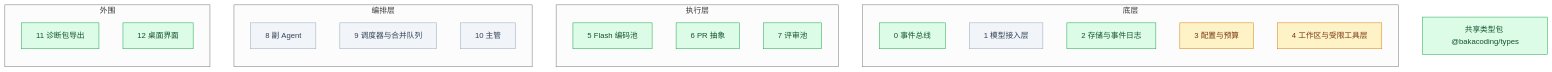
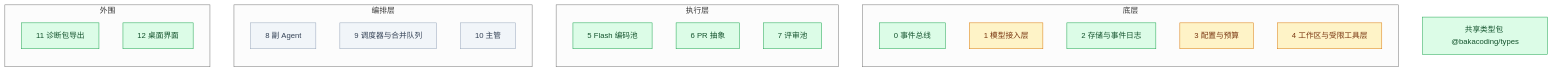
The diagram in docs/progress.md (Akarin7784/BakaCoding), drawn with Mermaid (neutral theme) before and after one commit. The commit also changed other lines of this file and 5 other files, not shown here.

````diff
--- a/docs/progress.md
+++ b/docs/progress.md
@@ -11,33 +11,33 @@
 ```mermaid
 flowchart BT
   subgraph 底层
     M0[0 事件总线]
     M1[1 模型接入层]
     M2[2 存储与事件日志]
     M3[3 配置与预算]
     M4[4 工作区与受限工具层]
   end
   subgraph 执行层
     M5[5 Flash 编码池]
     M6[6 PR 抽象]
     M7[7 评审池]
   end
   subgraph 编排层
     M8[8 副 Agent]
     M9[9 调度器与合并队列]
     M10[10 主管]
   end
   subgraph 外围
     M11[11 诊断包导出]
     M12[12 桌面界面]
   end
   T[共享类型包 @bakacoding/types]
 
   classDef todo fill:#f1f5f9,stroke:#94a3b8,color:#334155
   classDef doing fill:#fef3c7,stroke:#d97706,color:#78350f
   classDef done fill:#dcfce7,stroke:#16a34a,color:#14532d
 
   class M0,M2,M5,M6,M7,M11,M12,T done
-  class M3,M4 doing
-  class M1,M8,M9,M10 todo
+  class M1,M3,M4 doing
+  class M8,M9,M10 todo
 ```
````
